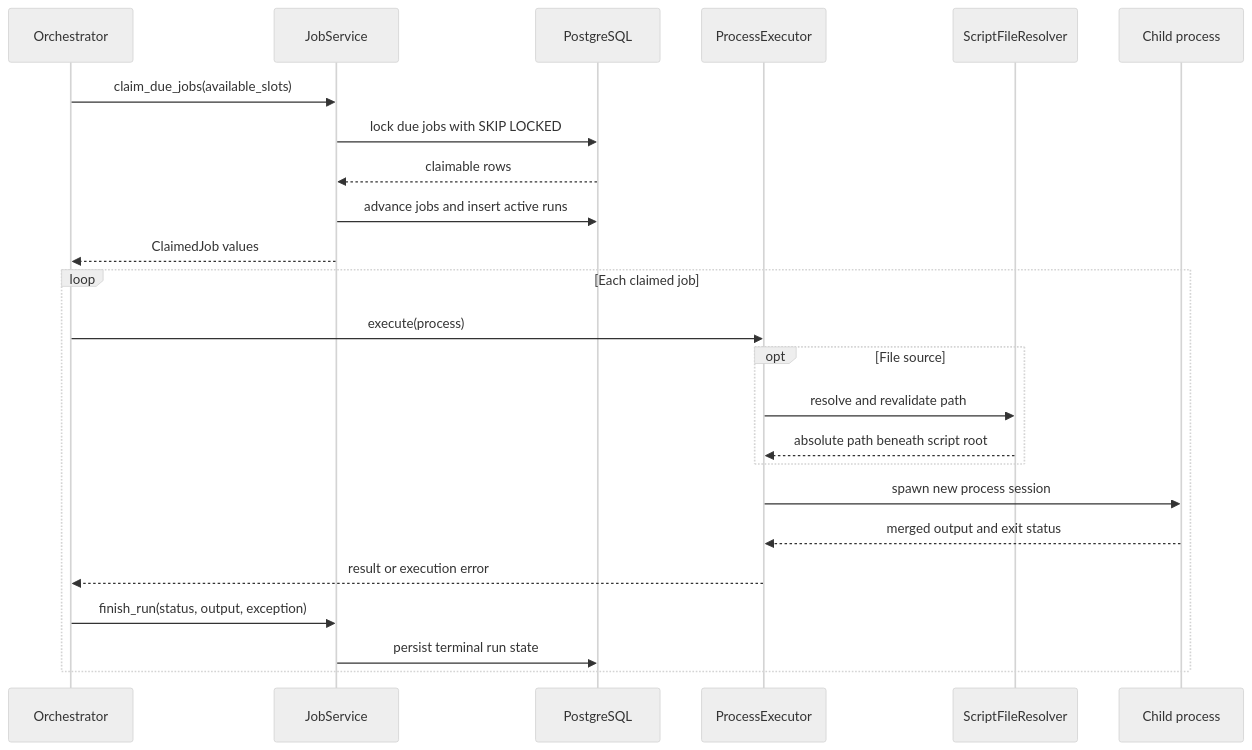
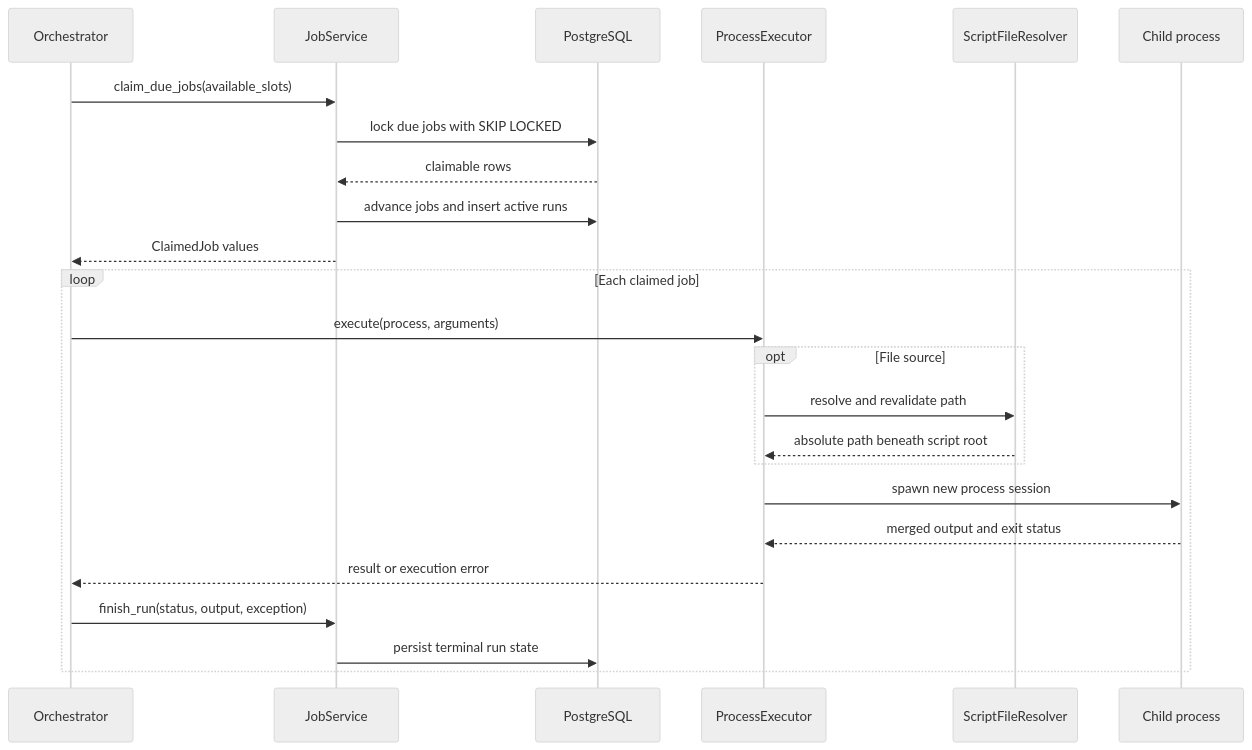
Before and after one commit to ScottRBK/Dark-Orchestrator: the third of 4 diagrams in docs/architecture/architecture.md, drawn with Mermaid (neutral theme). The commit also changed other lines of this file and 12 other files, not shown here.

````diff
--- a/docs/architecture/architecture.md
+++ b/docs/architecture/architecture.md
@@ -247,28 +247,28 @@
 ```mermaid
 sequenceDiagram
     participant O as Orchestrator
     participant J as JobService
     participant DB as PostgreSQL
     participant E as ProcessExecutor
     participant F as ScriptFileResolver
     participant C as Child process
 
     O->>J: claim_due_jobs(available_slots)
     J->>DB: lock due jobs with SKIP LOCKED
     DB-->>J: claimable rows
     J->>DB: advance jobs and insert active runs
     J-->>O: ClaimedJob values
 
     loop Each claimed job
-        O->>E: execute(process)
+        O->>E: execute(process, arguments)
         opt File source
             E->>F: resolve and revalidate path
             F-->>E: absolute path beneath script root
         end
         E->>C: spawn new process session
         C-->>E: merged output and exit status
         E-->>O: result or execution error
         O->>J: finish_run(status, output, exception)
         J->>DB: persist terminal run state
     end
 ```
````
